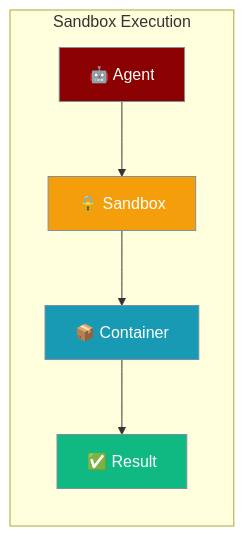
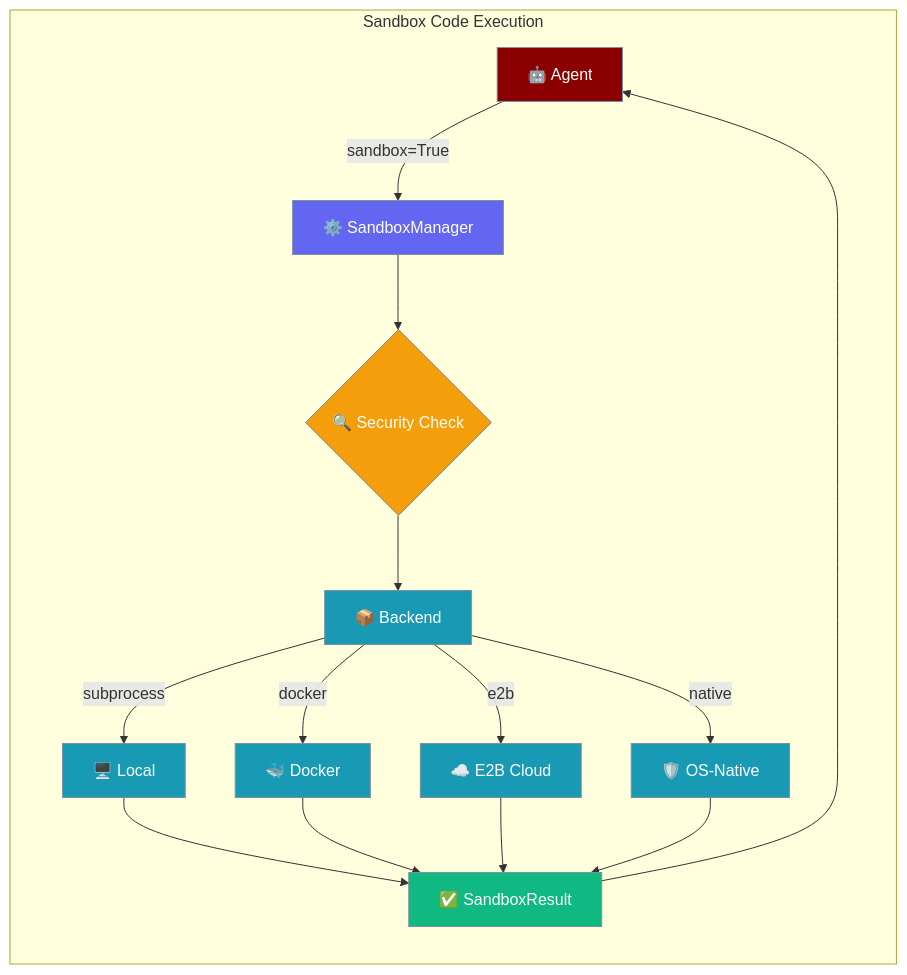
Before and after one commit to MervinPraison/PraisonAIDocs: the first of 2 diagrams in docs/features/sandbox.mdx, drawn with Mermaid. The commit also changed other lines of this file, not shown here.

First line of the commit message:
docs: Update sandbox documentation for Agent integration, SandboxManager, Security pre-checks, and E2B backend

````diff
--- a/docs/features/sandbox.mdx
+++ b/docs/features/sandbox.mdx
@@ -10,18 +10,26 @@
 ```mermaid
 graph LR
-    subgraph "Sandbox Execution"
-        A[🤖 Agent] --> S[🔒 Sandbox]
-        S --> C[📦 Container]
-        C --> R[✅ Result]
+    subgraph "Sandbox Code Execution"
+        A[🤖 Agent] -->|sandbox=True| M[⚙️ SandboxManager]
+        M --> S{🔍 Security Check}
+        S --> B[📦 Backend]
+        B -->|subprocess| L[🖥️ Local]
+        B -->|docker| D[🐳 Docker]
+        B -->|e2b| E[☁️ E2B Cloud]
+        B -->|native| N[🛡️ OS-Native]
+        L & D & E & N --> R[✅ SandboxResult]
+        R --> A
     end
-    
+
     classDef agent fill:#8B0000,stroke:#7C90A0,color:#fff
-    classDef sandbox fill:#F59E0B,stroke:#7C90A0,color:#fff
-    classDef container fill:#189AB4,stroke:#7C90A0,color:#fff
+    classDef manager fill:#6366F1,stroke:#7C90A0,color:#fff
+    classDef check fill:#F59E0B,stroke:#7C90A0,color:#fff
+    classDef backend fill:#189AB4,stroke:#7C90A0,color:#fff
     classDef result fill:#10B981,stroke:#7C90A0,color:#fff
-    
+
     class A agent
-    class S sandbox
-    class C container
+    class M manager
+    class S check
+    class B,L,D,E,N backend
     class R result
 ```
````
